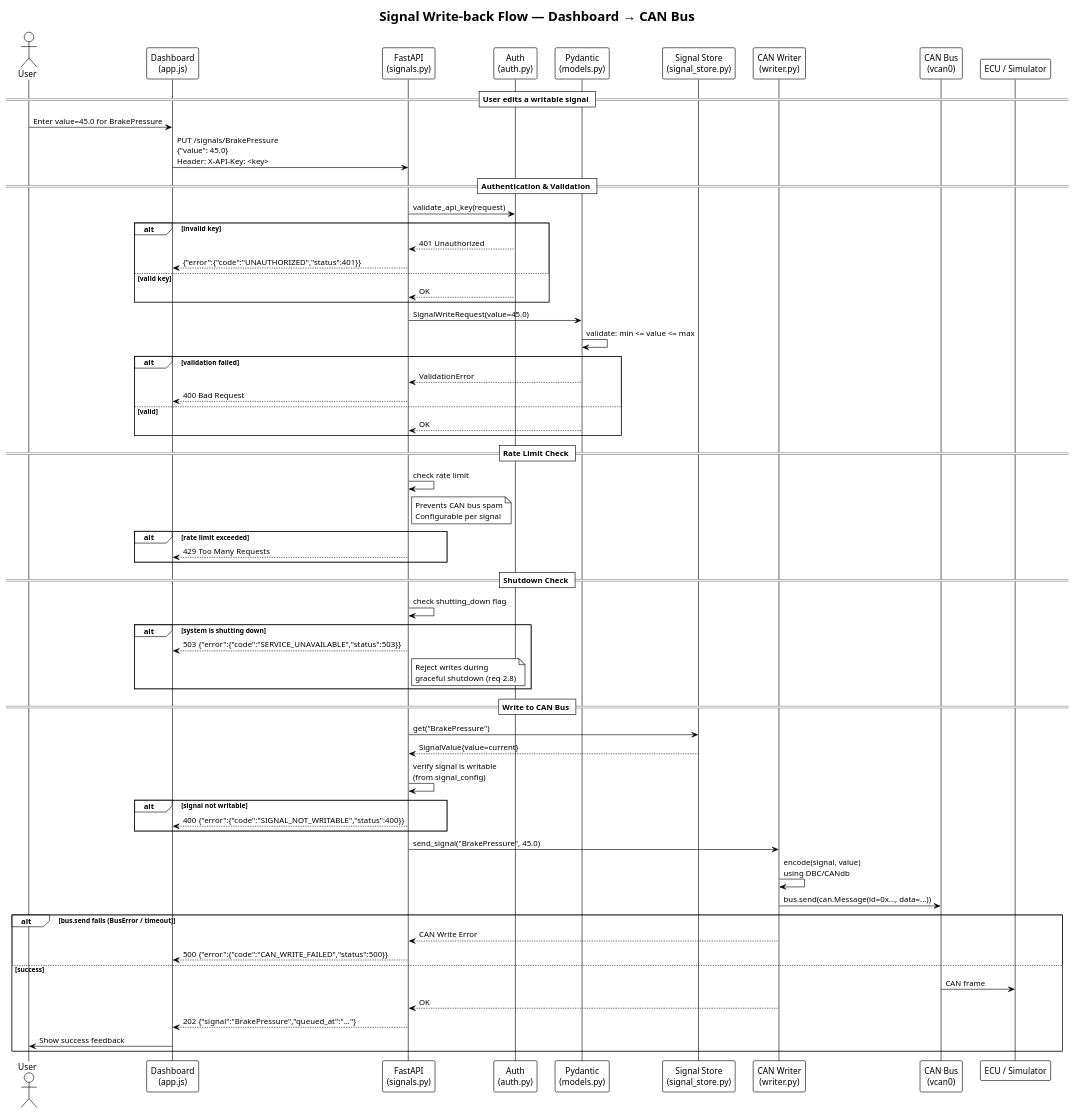
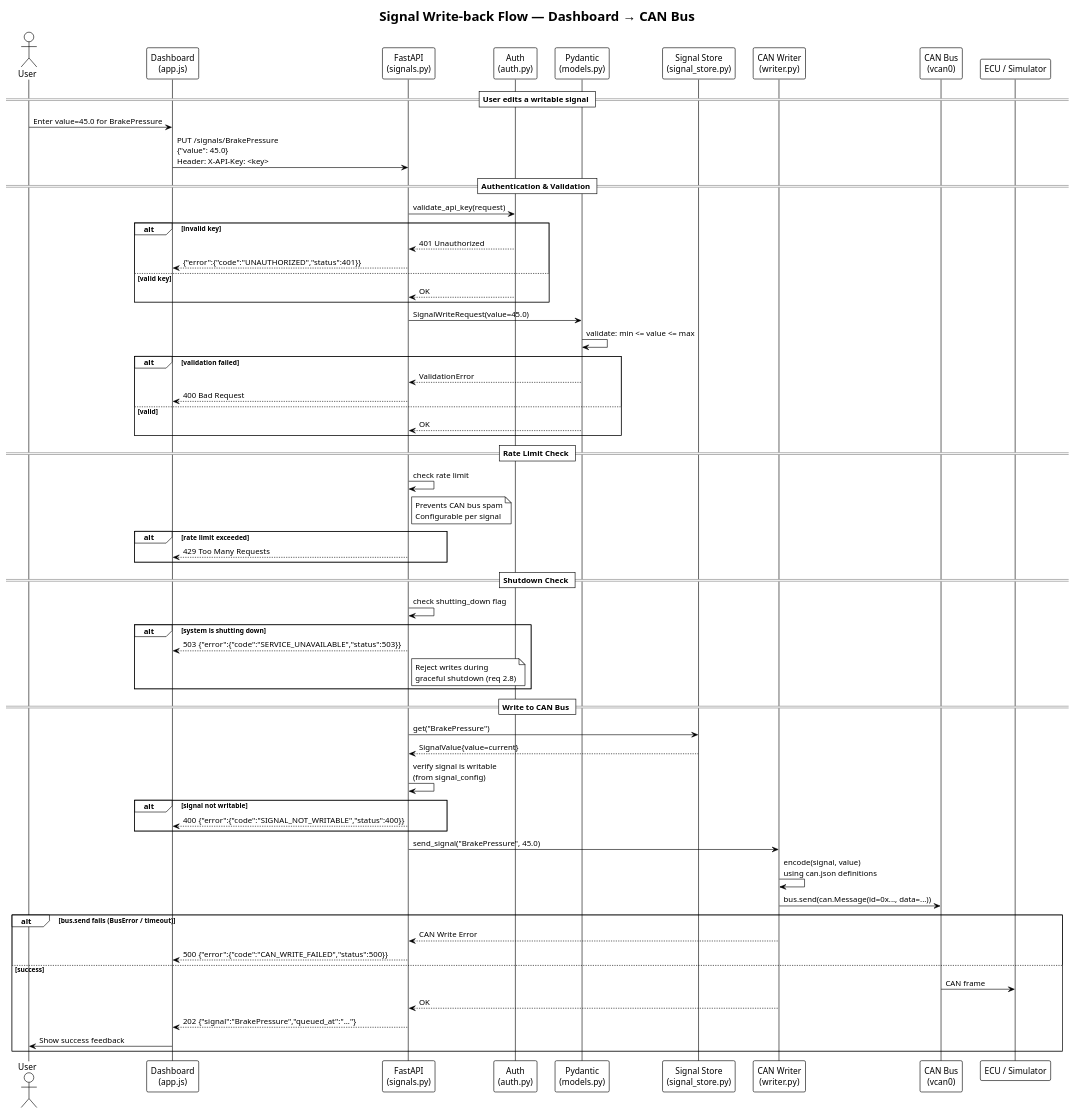
The diagram in diagram/06_sequence_signal_write.puml (3tdn/car-hmi), drawn with PlantUML before and after one commit. The commit also changed 28 other files, not shown here.

Commit message:
can_io chỉ sử dụng can.json đã qua xử lý, không dùng từ can dbc nữa

```diff
--- a/diagram/06_sequence_signal_write.puml
+++ b/diagram/06_sequence_signal_write.puml
@@ -1,72 +1,72 @@
 @startuml Sequence - Signal Write Flow
 !theme plain
 title Signal Write-back Flow — Dashboard → CAN Bus
 
 actor "User" as user
 participant "Dashboard\n(app.js)" as dash
 participant "FastAPI\n(signals.py)" as api
 participant "Auth\n(auth.py)" as auth
 participant "Pydantic\n(models.py)" as model
 participant "Signal Store\n(signal_store.py)" as store
 participant "CAN Writer\n(writer.py)" as writer
 participant "CAN Bus\n(vcan0)" as bus
 participant "ECU / Simulator" as ecu
 
 == User edits a writable signal ==
 user -> dash : Enter value=45.0 for BrakePressure
 dash -> api : PUT /signals/BrakePressure\n{"value": 45.0}\nHeader: X-API-Key: <key>
 
 == Authentication & Validation ==
 api -> auth : validate_api_key(request)
 alt invalid key
     auth --> api : 401 Unauthorized
     api --> dash : {"error":{"code":"UNAUTHORIZED","status":401}}
 else valid key
     auth --> api : OK
 end
 
 api -> model : SignalWriteRequest(value=45.0)
 model -> model : validate: min <= value <= max
 alt validation failed
     model --> api : ValidationError
     api --> dash : 400 Bad Request
 else valid
     model --> api : OK
 end
 
 == Rate Limit Check ==
 api -> api : check rate limit
 note right of api : Prevents CAN bus spam\nConfigurable per signal
 alt rate limit exceeded
     api --> dash : 429 Too Many Requests
 end
 
 == Shutdown Check ==
 api -> api : check shutting_down flag
 alt system is shutting down
     api --> dash : 503 {"error":{"code":"SERVICE_UNAVAILABLE","status":503}}
     note right of api : Reject writes during\ngraceful shutdown (req 2.8)
 end
 
 == Write to CAN Bus ==
 api -> store : get("BrakePressure")
 store --> api : SignalValue{value=current}
 api -> api : verify signal is writable\n(from signal_config)
 alt signal not writable
     api --> dash : 400 {"error":{"code":"SIGNAL_NOT_WRITABLE","status":400}}
 end
 
 api -> writer : send_signal("BrakePressure", 45.0)
-writer -> writer : encode(signal, value)\nusing DBC/CANdb
+writer -> writer : encode(signal, value)\nusing can.json definitions
 writer -> bus : bus.send(can.Message(id=0x..., data=...))
 alt bus.send fails (BusError / timeout)
     writer --> api : CAN Write Error
     api --> dash : 500 {"error":{"code":"CAN_WRITE_FAILED","status":500}}
 else success
     bus -> ecu : CAN frame
     writer --> api : OK
     api --> dash : 202 {"signal":"BrakePressure","queued_at":"..."}
     dash -> user : Show success feedback
 end
 
 @enduml
```
